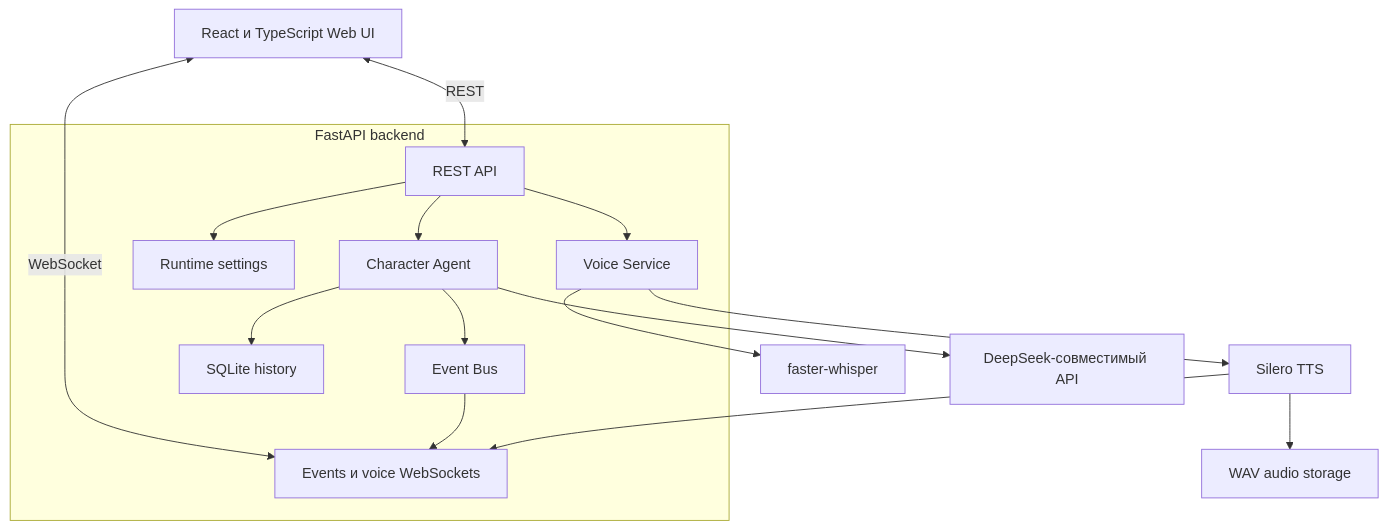
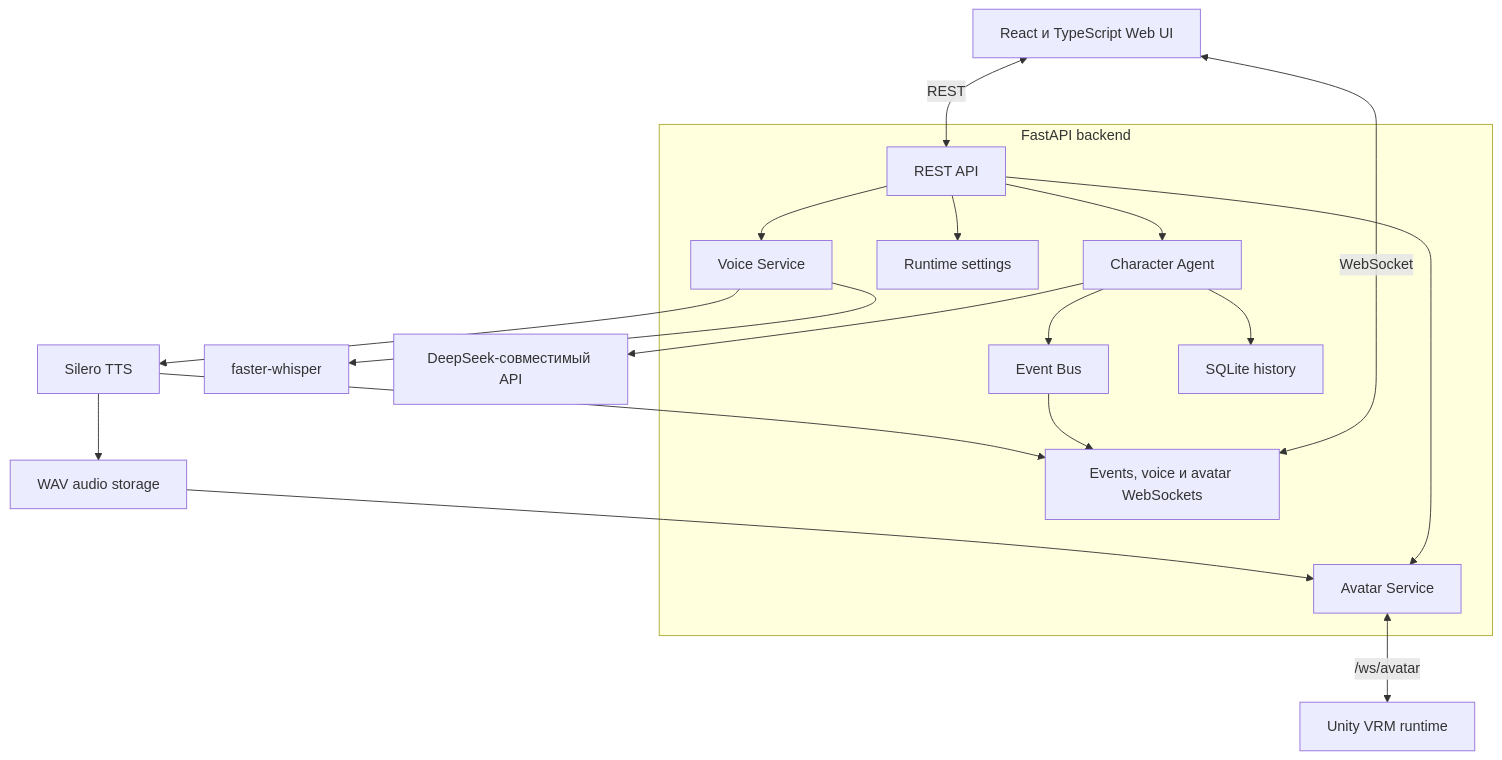
Before and after one commit to bad1and/NeuroAsist: the second of 2 diagrams in README.ru.md, drawn with Mermaid. The commit also changed other lines of this file and 3 other files, not shown here.

````diff
--- a/README.ru.md
+++ b/README.ru.md
@@ -285,33 +293,38 @@
 ```mermaid
 flowchart TB
     UI[React и TypeScript Web UI]
 
     subgraph Backend[FastAPI backend]
         API[REST API]
-        WS[Events и voice WebSockets]
+        WS[Events, voice и avatar WebSockets]
         Agent[Character Agent]
         Runtime[Runtime settings]
         Events[Event Bus]
         Voice[Voice Service]
+        Avatar[Avatar Service]
         History[SQLite history]
     end
 
     STT[faster-whisper]
     LLM[DeepSeek-совместимый API]
     TTS[Silero TTS]
     Audio[WAV audio storage]
+    Unity[Unity VRM runtime]
 
     UI <-->|REST| API
     UI <-->|WebSocket| WS
     API --> Agent
     API --> Voice
     API --> Runtime
+    API --> Avatar
     Agent --> History
     Agent --> LLM
     Agent --> Events
     Voice --> STT
     Voice --> TTS
     TTS --> Audio
+    Audio --> Avatar
+    Avatar <-->|/ws/avatar| Unity
     Events --> WS
     TTS --> WS
 ```
````
